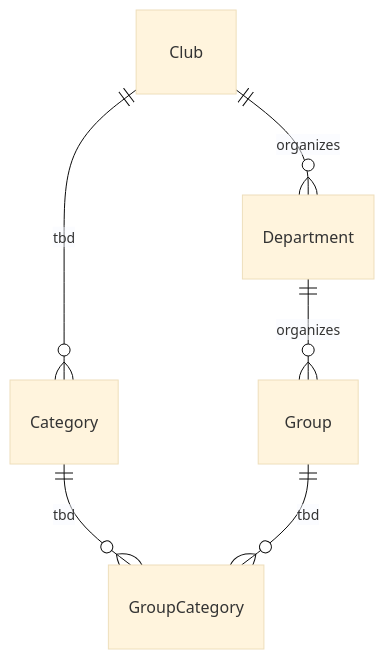
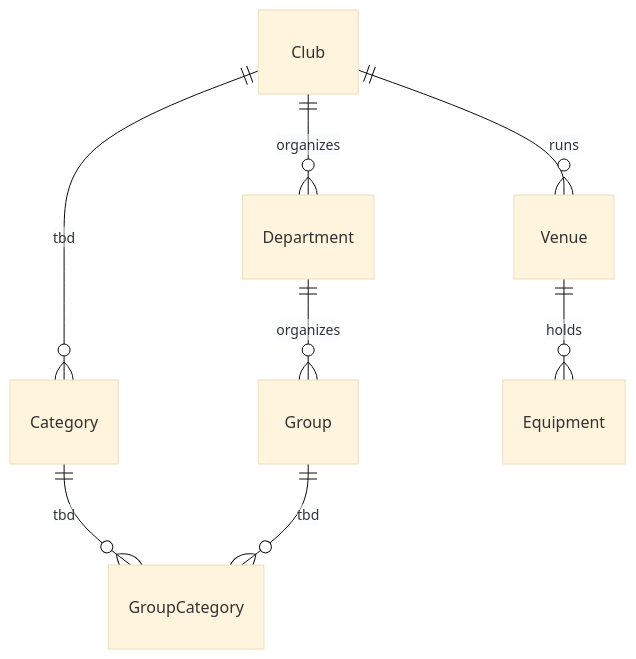
One commit to Lehrstuhl-BWL-EvIS/sportyweb changed the first of 2 diagrams in documentation/datamodel.md. Above: the diagram before and after it, drawn with Mermaid (base theme).

````diff
--- a/documentation/datamodel.md
+++ b/documentation/datamodel.md
@@ -23,8 +23,10 @@
 ```mermaid
 erDiagram
 	Club ||--o{ Department : organizes
 	Department ||--o{ Group : organizes
 	Club ||--o{ Category : tbd
 	Category ||--o{ GroupCategory : tbd
 	Group ||--o{ GroupCategory : tbd
+    Club ||--o{ Venue : runs
+    Venue ||--o{ Equipment : holds
 ```
````
